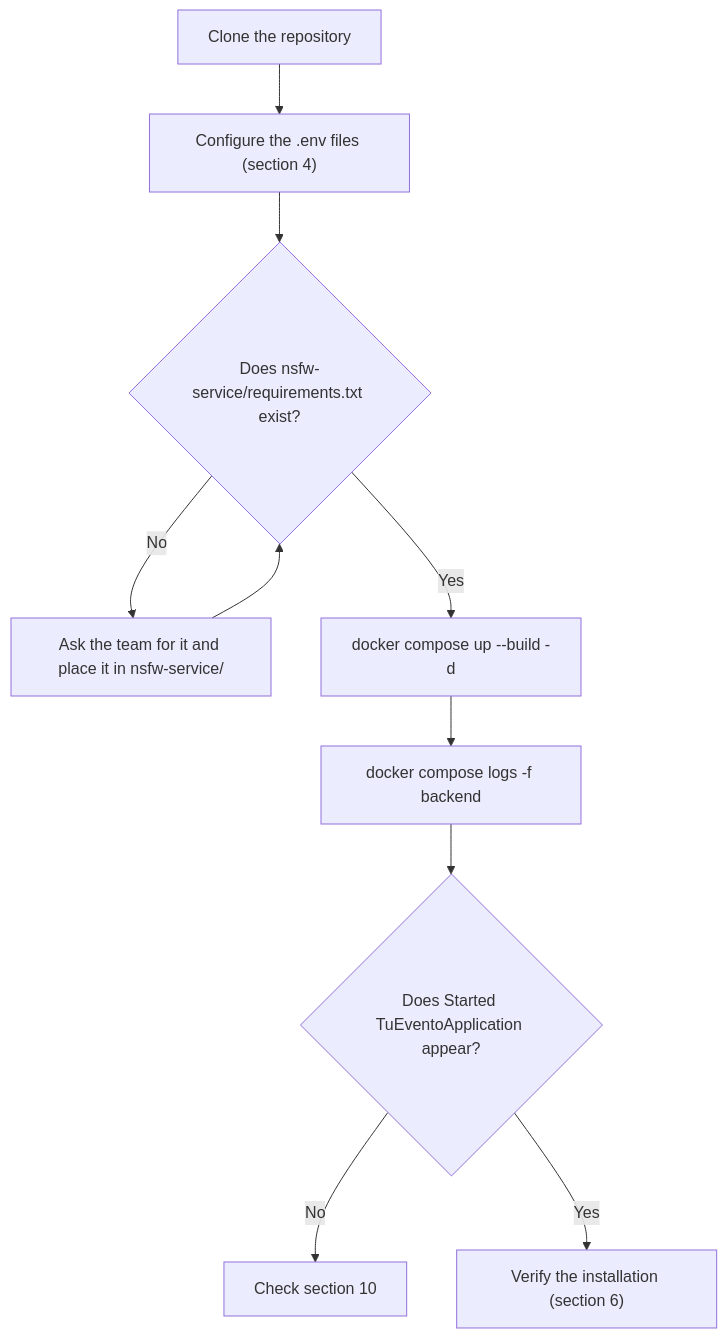
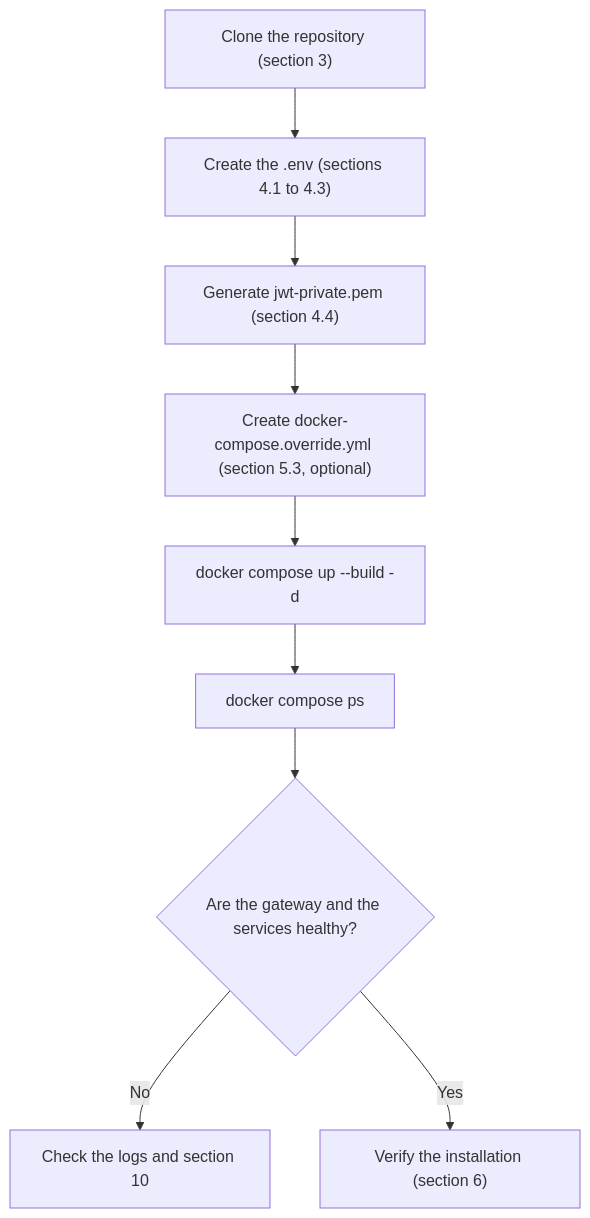
The third of 6 diagrams in en/11_Manual_Instalacion.md (TheJhampierBoy/TuEvento-Docs), drawn with Mermaid before and after one commit. The commit also changed other lines of this file and 1 other file, not shown here.

First line of the commit message:
docs: update installation manual to v1.2.0 (gateway and microservices)

````diff
--- a/en/11_Manual_Instalacion.md
+++ b/en/11_Manual_Instalacion.md
@@ -274,12 +336,11 @@
 ```mermaid
 flowchart TD
-    A["Clone the repository"] --> B["Configure the .env files (section 4)"]
-    B --> C{"Does nsfw-service/requirements.txt exist?"}
-    C -->|"No"| D["Ask the team for it and place it in nsfw-service/"]
-    D --> C
-    C -->|"Yes"| E["docker compose up --build -d"]
-    E --> F["docker compose logs -f backend"]
-    F --> G{"Does Started TuEventoApplication appear?"}
-    G -->|"No"| H["Check section 10"]
+    A["Clone the repository (section 3)"] --> B["Create the .env (sections 4.1 to 4.3)"]
+    B --> C["Generate jwt-private.pem (section 4.4)"]
+    C --> D["Create docker-compose.override.yml (section 5.3, optional)"]
+    D --> E["docker compose up --build -d"]
+    E --> F["docker compose ps"]
+    F --> G{"Are the gateway and the services healthy?"}
+    G -->|"No"| H["Check the logs and section 10"]
     G -->|"Yes"| I["Verify the installation (section 6)"]
 ```
````
